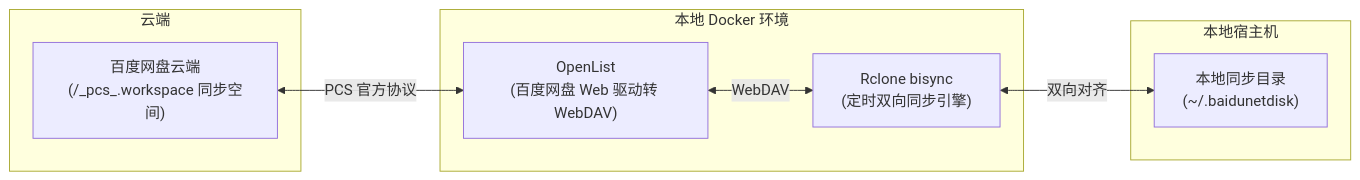
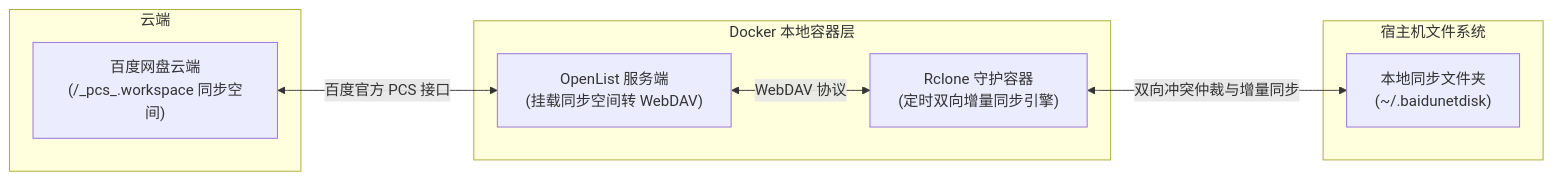
The diagram in README.md (hydrz/baidunetdisk-sync), drawn with Mermaid before and after one commit. The commit also changed other lines of this file and 6 other files, not shown here.

````diff
--- a/README.md
+++ b/README.md
@@ -7,19 +5,19 @@
 ```mermaid
 flowchart LR
     subgraph 云端
         Baidu["百度网盘云端<br/>(/_pcs_.workspace 同步空间)"]
     end
 
-    subgraph 本地 Docker 环境
-        OpenList["OpenList<br/>(百度网盘 Web 驱动转 WebDAV)"]
-        Rclone["Rclone bisync<br/>(定时双向同步引擎)"]
+    subgraph Docker 本地容器层
+        OpenList["OpenList 服务端<br/>(挂载同步空间转 WebDAV)"]
+        Rclone["Rclone 守护容器<br/>(定时双向增量同步引擎)"]
     end
 
-    subgraph 本地宿主机
-        LocalFolder["本地同步目录<br/>(~/.baidunetdisk)"]
+    subgraph 宿主机文件系统
+        LocalDir["本地同步文件夹<br/>(~/.baidunetdisk)"]
     end
 
-    Baidu <-->|PCS 官方协议| OpenList
-    OpenList <-->|WebDAV| Rclone
-    Rclone <-->|双向对齐| LocalFolder
+    Baidu <-->|百度官方 PCS 接口| OpenList
+    OpenList <-->|WebDAV 协议| Rclone
+    Rclone <-->|双向冲突仲裁与增量同步| LocalDir
 ```
````
